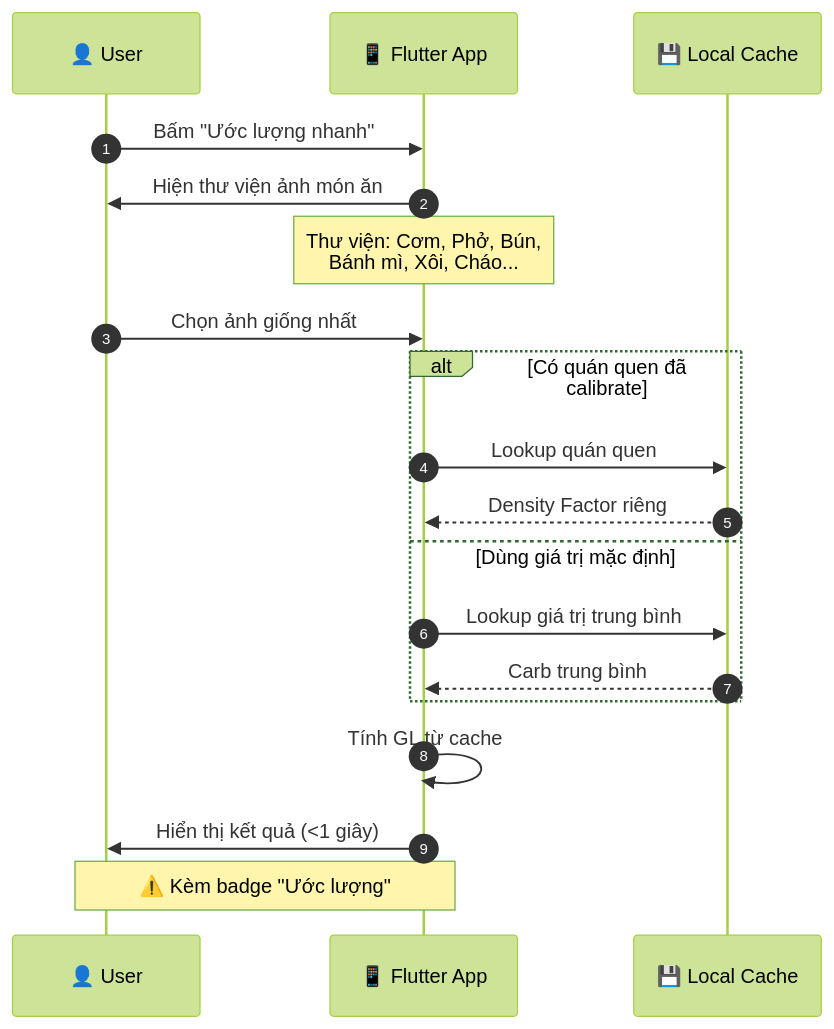
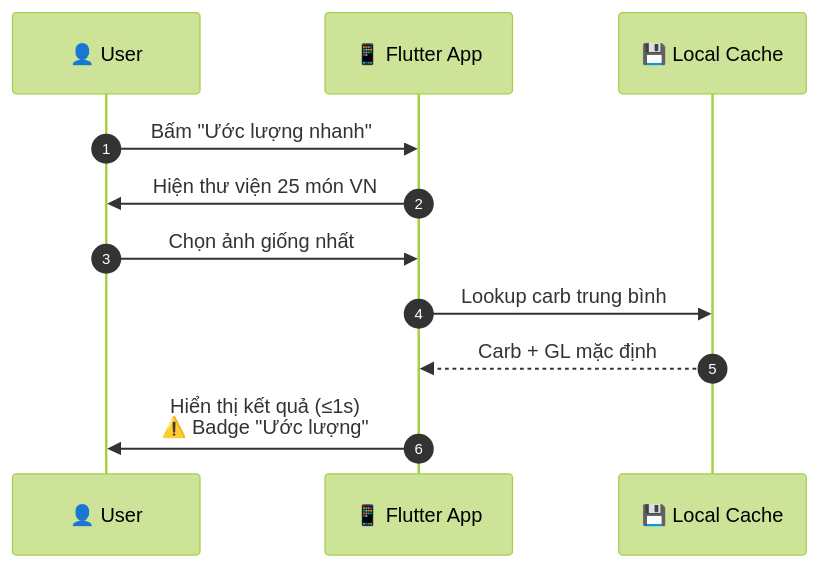
Before and after one commit to EurusDevSec/InSight: the fourth of 6 diagrams in docs/architecture.md, drawn with Mermaid (forest theme). The commit also changed other lines of this file and 8 other files, not shown here.

Commit message:
docs: add comprehensive system architecture and project documentation

````diff
--- a/docs/architecture.md
+++ b/docs/architecture.md
@@ -186,27 +179,14 @@
 ```mermaid
 sequenceDiagram
     autonumber
     participant User as 👤 User
     participant App as 📱 Flutter App
     participant Cache as 💾 Local Cache
 
     User->>App: Bấm "Ước lượng nhanh"
-    App->>User: Hiện thư viện ảnh món ăn
-
-    Note over App: Thư viện: Cơm, Phở, Bún,<br/>Bánh mì, Xôi, Cháo...
-
+    App->>User: Hiện thư viện 25 món VN
     User->>App: Chọn ảnh giống nhất
-
-    alt Có quán quen đã calibrate
-        App->>Cache: Lookup quán quen
-        Cache-->>App: Density Factor riêng
-    else Dùng giá trị mặc định
-        App->>Cache: Lookup giá trị trung bình
-        Cache-->>App: Carb trung bình
-    end
-
-    App->>App: Tính GL từ cache
-    App->>User: Hiển thị kết quả (<1 giây)
-
-    Note over User,App: ⚠️ Kèm badge "Ước lượng"
+    App->>Cache: Lookup carb trung bình
+    Cache-->>App: Carb + GL mặc định
+    App->>User: Hiển thị kết quả (≤1s)<br/>⚠️ Badge "Ước lượng"
 ```
````
